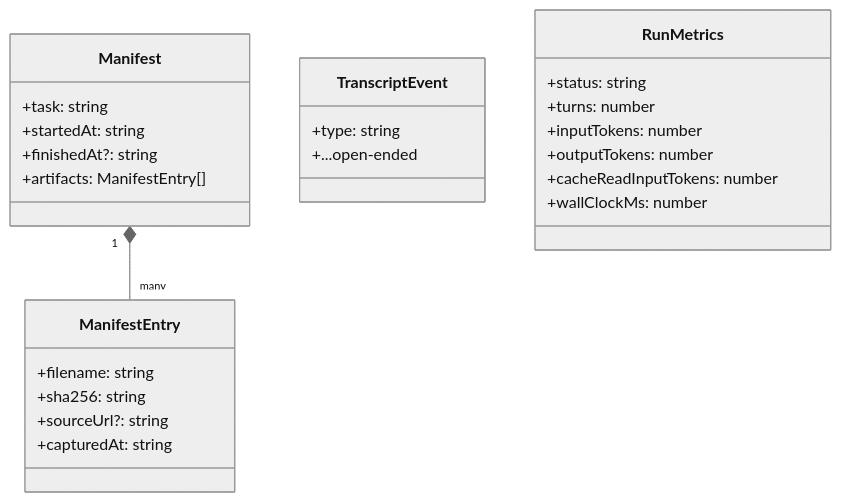
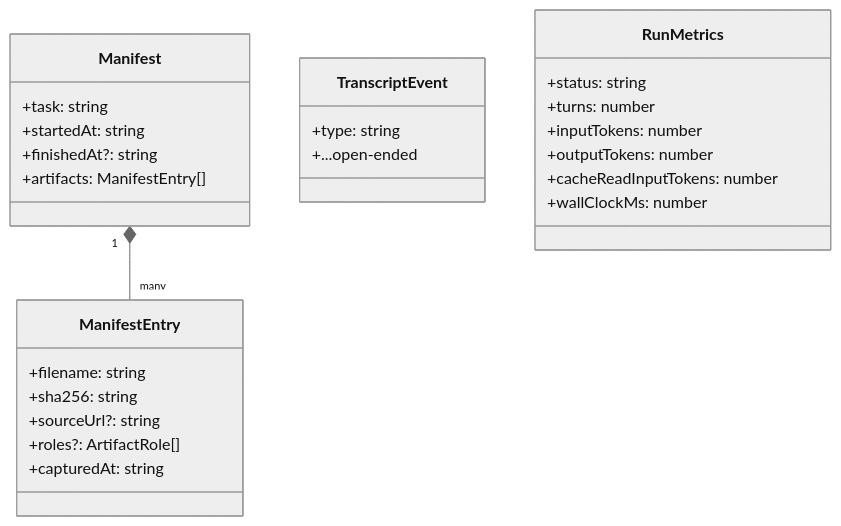
One commit to briosolivares/evidence-collection-agent changed the first of 3 diagrams in .agents/summary/data_models.md. Above: the diagram before and after it, drawn with Mermaid (neutral theme). The commit also changed other lines of this file and 4 other files, not shown here.

````diff
--- a/.agents/summary/data_models.md
+++ b/.agents/summary/data_models.md
@@ -22,28 +25,29 @@
 ```mermaid
 classDiagram
     class Manifest {
         +task: string
         +startedAt: string
         +finishedAt?: string
         +artifacts: ManifestEntry[]
     }
     class ManifestEntry {
         +filename: string
         +sha256: string
         +sourceUrl?: string
+        +roles?: ArtifactRole[]
         +capturedAt: string
     }
     class TranscriptEvent {
         +type: string
         +...open-ended
     }
     class RunMetrics {
         +status: string
         +turns: number
         +inputTokens: number
         +outputTokens: number
         +cacheReadInputTokens: number
         +wallClockMs: number
     }
     Manifest "1" *-- "many" ManifestEntry
 ```
````
